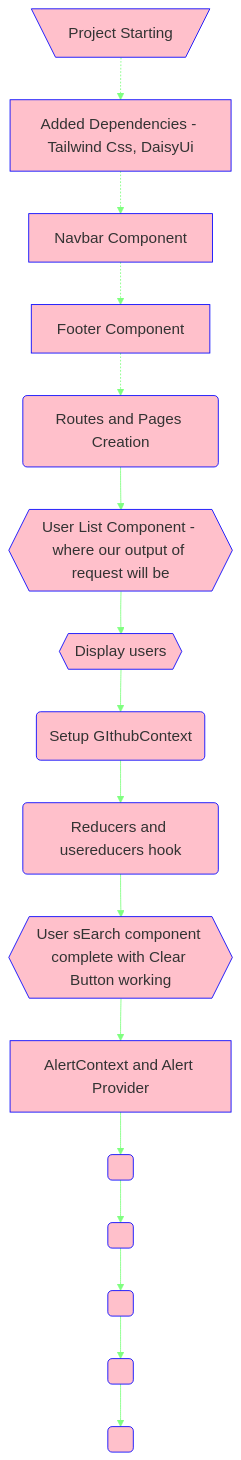
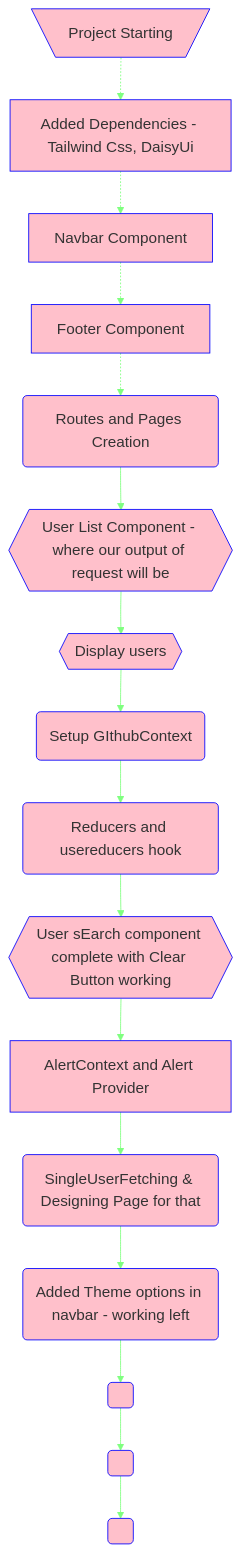
The diagram in README.md (imnakul/Github-Finder_using_Vite.js), drawn with Mermaid before and after one commit. The commit also changed 5 other files, not shown here.

Commit message:
themeOptioninNavbarADded

````diff
--- a/README.md
+++ b/README.md
@@ -19,22 +19,22 @@
 ```mermaid
 %%{init: {'theme': 'base', 'themeVariables': { 'fontSize': '18px', 'fontFamily': 'Algerian' , 'primaryBorderColor': 'blue' , 'background' : 'purple', 'mainBkg': 'pink'}}}%%
 flowchart TD
    1[\Project Starting/]
    -.-> 2[Added Dependencies - Tailwind Css, DaisyUi ]
    -.-> 3[Navbar Component]
    -.-> 4[Footer Component]
    -.-> 5
     5(Routes and Pages Creation) --> B
     B{{User List Component - where our output of request will be }}
     B --> C{{Display users }}
      --> D( Setup GIthubContext)
      --> E(Reducers and usereducers hook )
      --> F{{User sEarch component complete with Clear Button working }}
      --> G[AlertContext and Alert Provider ]
-     --> M( )
-     --> N( )
+     --> M(SingleUserFetching & Designing Page for that )
+     --> N(Added Theme options in navbar - working left  )
      --> O( )
      --> P( )
      --> Q( )
 
 ```
````
